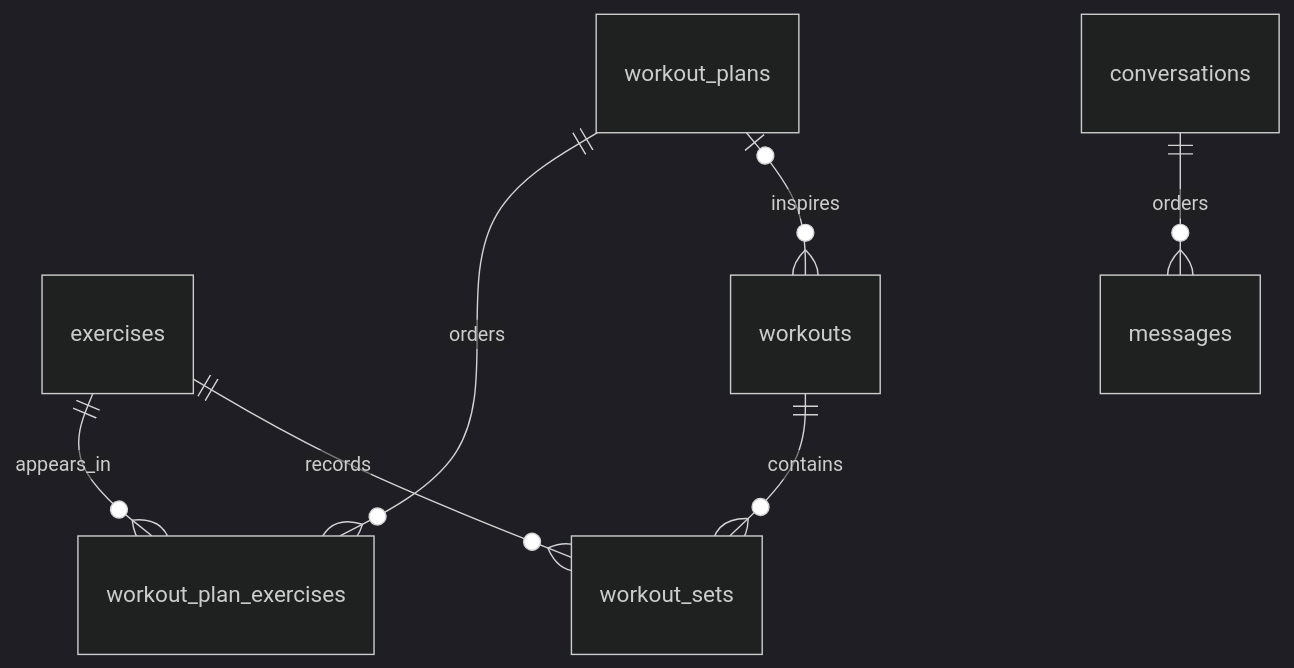
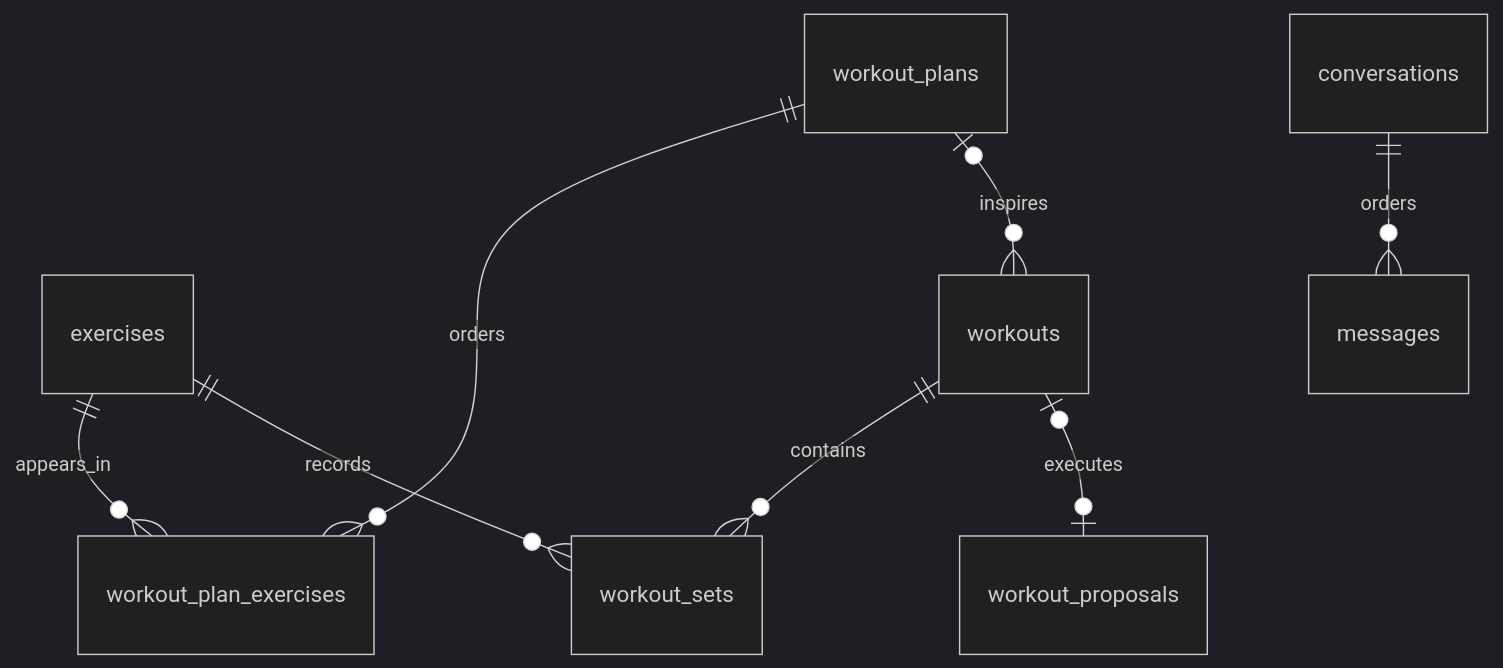
Before and after one commit to Unquery/Ai-Gym-Coach-Agent: the diagram in docs/DATABASE.md, drawn with Mermaid (dark theme). The commit also changed other lines of this file and 3 other files, not shown here.

````diff
--- a/docs/DATABASE.md
+++ b/docs/DATABASE.md
@@ -9,9 +11,10 @@
 ```mermaid
 erDiagram
     exercises ||--o{ workout_plan_exercises : appears_in
     workout_plans ||--o{ workout_plan_exercises : orders
     workout_plans o|--o{ workouts : inspires
     workouts ||--o{ workout_sets : contains
     exercises ||--o{ workout_sets : records
+    workouts o|--o| workout_proposals : executes
     conversations ||--o{ messages : orders
 ```
````
